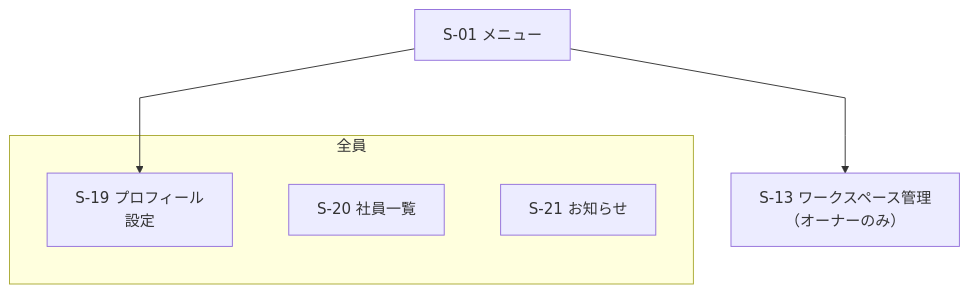
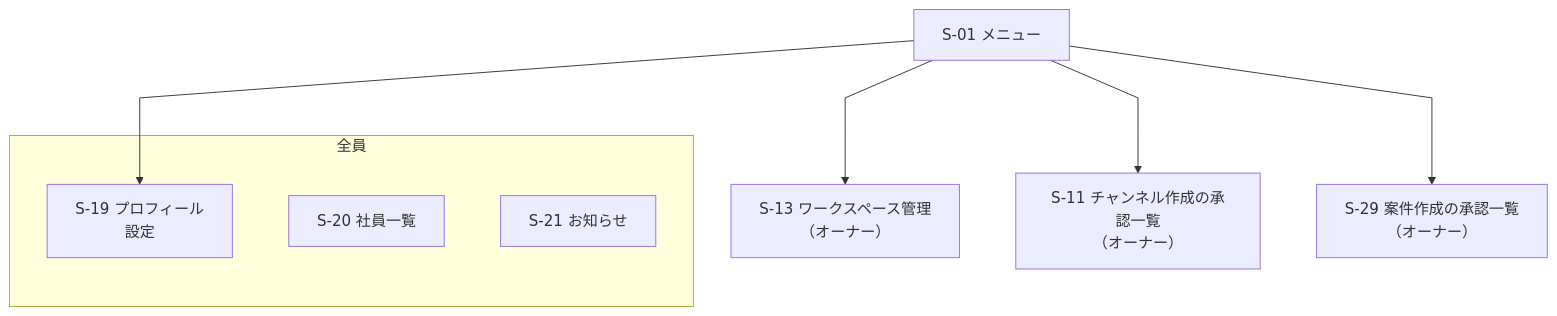
Before and after one commit to yamamotonaoki3/internal-system: the seventh of 12 diagrams in docs/requirements/screens.md, drawn with Mermaid. The commit also changed other lines of this file and 4 other files, not shown here.

````diff
--- a/docs/requirements/screens.md
+++ b/docs/requirements/screens.md
@@ -214,12 +231,14 @@
 ```mermaid
 %%{init: {"flowchart": {"nodeSpacing": 60, "rankSpacing": 80, "curve": "linear", "htmlLabels": true}}}%%
 flowchart TD
     Menu["S-01 メニュー"] --> S19
-    Menu --> S13["S-13 ワークスペース管理<br/>（オーナーのみ）"]
+    Menu --> S13["S-13 ワークスペース管理<br/>（オーナー）"]
+    Menu --> S11["S-11 チャンネル作成の承認一覧<br/>（オーナー）"]
+    Menu --> S29["S-29 案件作成の承認一覧<br/>（オーナー）"]
 
     subgraph ALL["全員"]
         S19["S-19 プロフィール<br/>設定"]
         S20["S-20 社員一覧"]
         S21["S-21 お知らせ"]
     end
 ```
````
